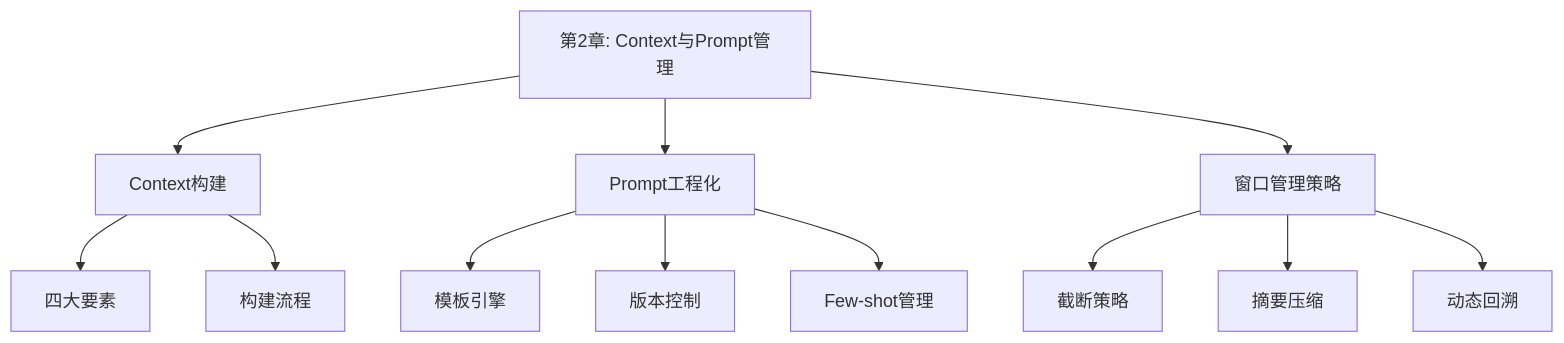
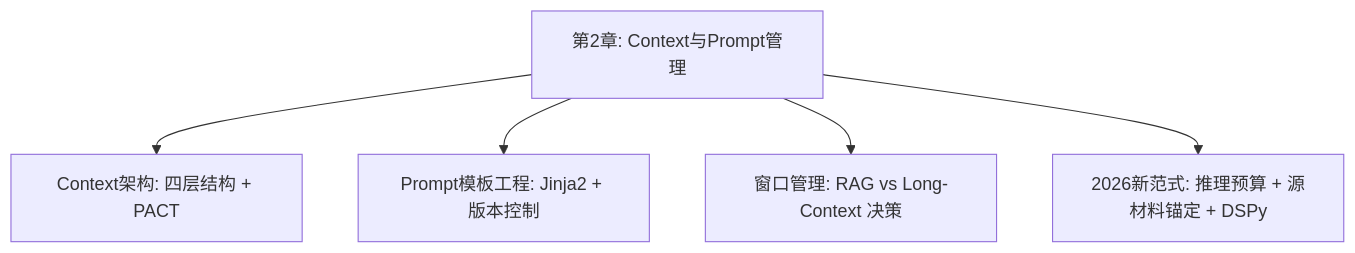
Before and after one commit to fortuneyan/Agent-Developing-Bible: the first of 2 diagrams in 02_Agent开发指南_核心交互_Context和Prompt管理.md, drawn with Mermaid. The commit also changed other lines of this file and 30 other files, not shown here.

````diff
--- a/02_Agent开发指南_核心交互_Context和Prompt管理.md
+++ b/02_Agent开发指南_核心交互_Context和Prompt管理.md
@@ -51,15 +44,7 @@
 ```mermaid
 graph TD
-A[第2章: Context与Prompt管理] --> B[Context构建]
-A --> C[Prompt工程化]
-A --> D[窗口管理策略]
-B --> B1[四大要素]
-B --> B2[构建流程]
-C --> C1[模板引擎]
-C --> C2[版本控制]
-C --> C3[Few-shot管理]
-D --> D1[截断策略]
-D --> D2[摘要压缩]
-D --> D3[动态回溯]
-
+A[第2章: Context与Prompt管理] --> B[Context架构: 四层结构 + PACT]
+A --> C[Prompt模板工程: Jinja2 + 版本控制]
+A --> D[窗口管理: RAG vs Long-Context 决策]
+A --> E[2026新范式: 推理预算 + 源材料锚定 + DSPy]
 ```
````
